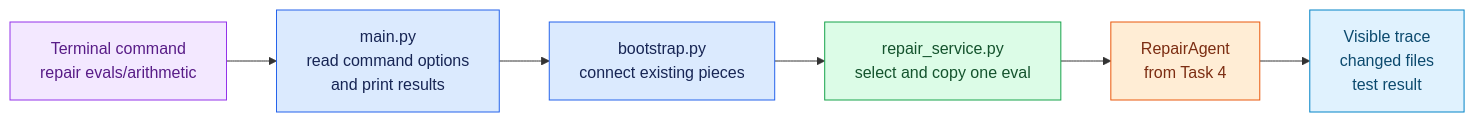
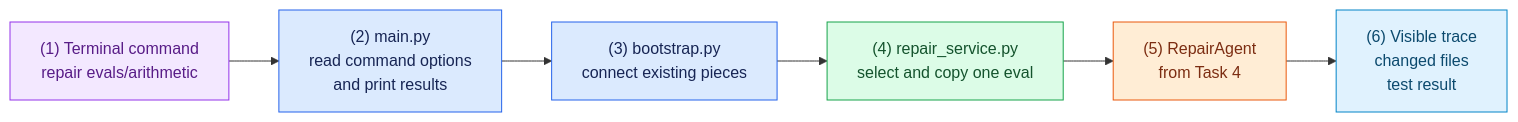
One commit to ForgettaAnthony/coding-agent-lab changed the diagram in tasks/05-cli-repair.md. Above: the diagram before and after it, drawn with Mermaid. The commit also changed other lines of this file and 8 other files, not shown here.

Commit message:
docs: number task flow diagrams

````diff
--- a/tasks/05-cli-repair.md
+++ b/tasks/05-cli-repair.md
@@ -12,20 +14,20 @@
 ```mermaid
 flowchart LR
-    command["Terminal command\nrepair evals/arithmetic"] --> main["main.py\nread command options\nand print results"]
-    main --> bootstrap["bootstrap.py\nconnect existing pieces"]
-    bootstrap --> service["repair_service.py\nselect and copy one eval"]
-    service --> agent["RepairAgent\nfrom Task 4"]
-    agent --> output["Visible trace\nchanged files\ntest result"]
+    command["(1) Terminal command\nrepair evals/arithmetic"] --> main["(2) main.py\nread command options\nand print results"]
+    main --> bootstrap["(3) bootstrap.py\nconnect existing pieces"]
+    bootstrap --> service["(4) repair_service.py\nselect and copy one eval"]
+    service --> agent["(5) RepairAgent\nfrom Task 4"]
+    agent --> output["(6) Visible trace\nchanged files\ntest result"]
 
     classDef commandBox fill:#f3e8ff,stroke:#9333ea,color:#581c87
     classDef commandLineBox fill:#dbeafe,stroke:#2563eb,color:#172554
     classDef serviceBox fill:#dcfce7,stroke:#16a34a,color:#14532d
     classDef agentBox fill:#ffedd5,stroke:#ea580c,color:#7c2d12
     classDef outputBox fill:#e0f2fe,stroke:#0284c7,color:#0c4a6e
 
     class command commandBox
     class main,bootstrap commandLineBox
     class service serviceBox
     class agent agentBox
     class output outputBox
 ```
````
